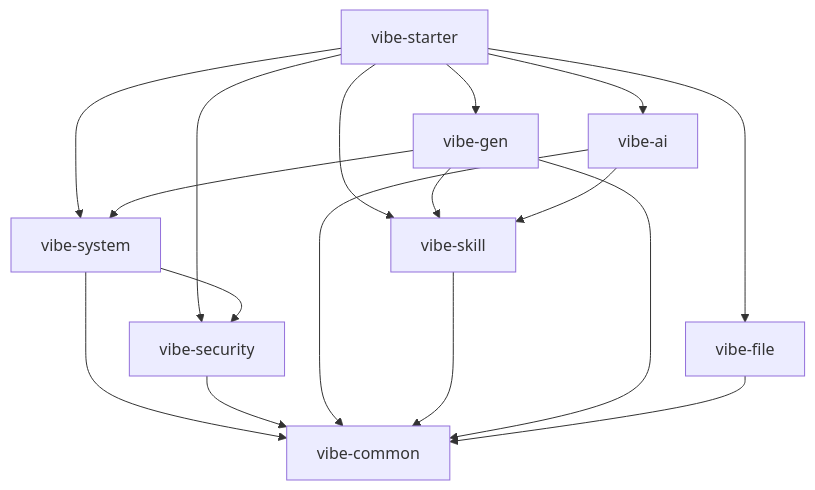
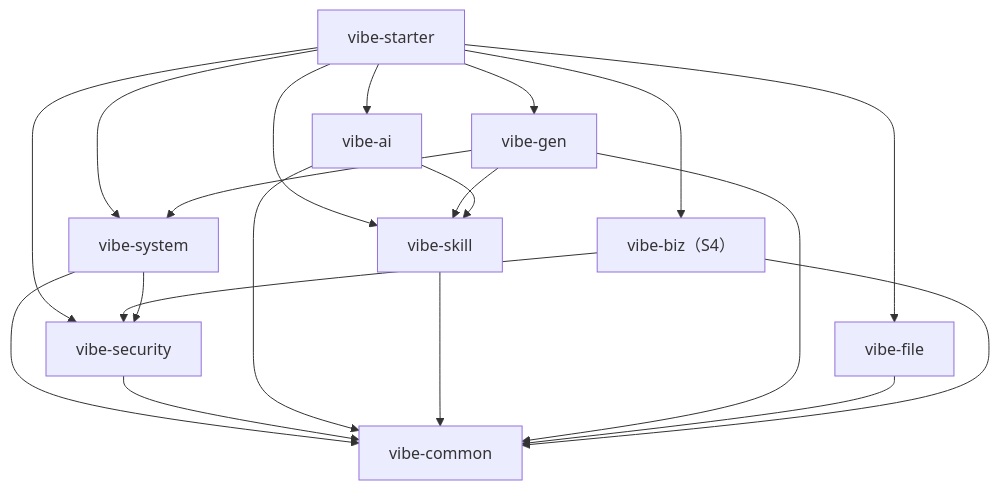
Before and after one commit to mlm883585/vibe-boot: the diagram in docs/module-design.md, drawn with Mermaid. The commit also changed other lines of this file and 52 other files, not shown here.

Commit message:
docs: finalize implementation-ready architecture baseline

````diff
--- a/docs/module-design.md
+++ b/docs/module-design.md
@@ -85,21 +86,24 @@
 ```mermaid
 flowchart TD
     Starter["vibe-starter"] --> System["vibe-system"]
     Starter --> Security["vibe-security"]
     Starter --> AI["vibe-ai"]
     Starter --> Skill["vibe-skill"]
     Starter --> Gen["vibe-gen"]
     Starter --> File["vibe-file"]
+    Starter --> Biz["vibe-biz（S4）"]
 
     System --> Common["vibe-common"]
     Security --> Common
     AI --> Common
     Skill --> Common
     Gen --> Common
     File --> Common
+    Biz --> Common
+    Biz --> Security
 
     Gen --> System
     Gen --> Skill
     AI --> Skill
     System --> Security
 ```
````
